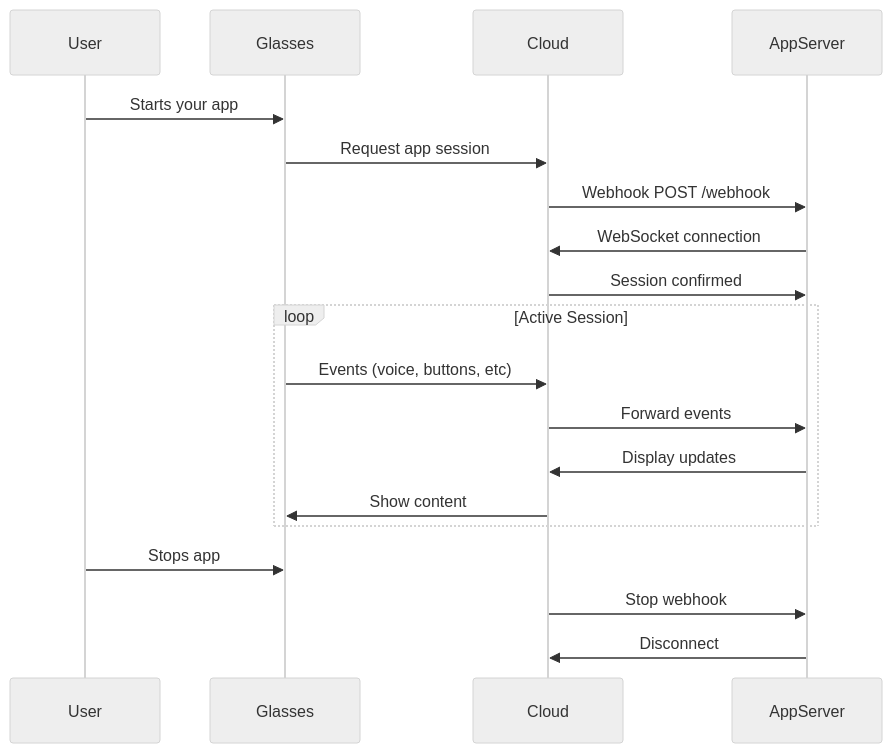
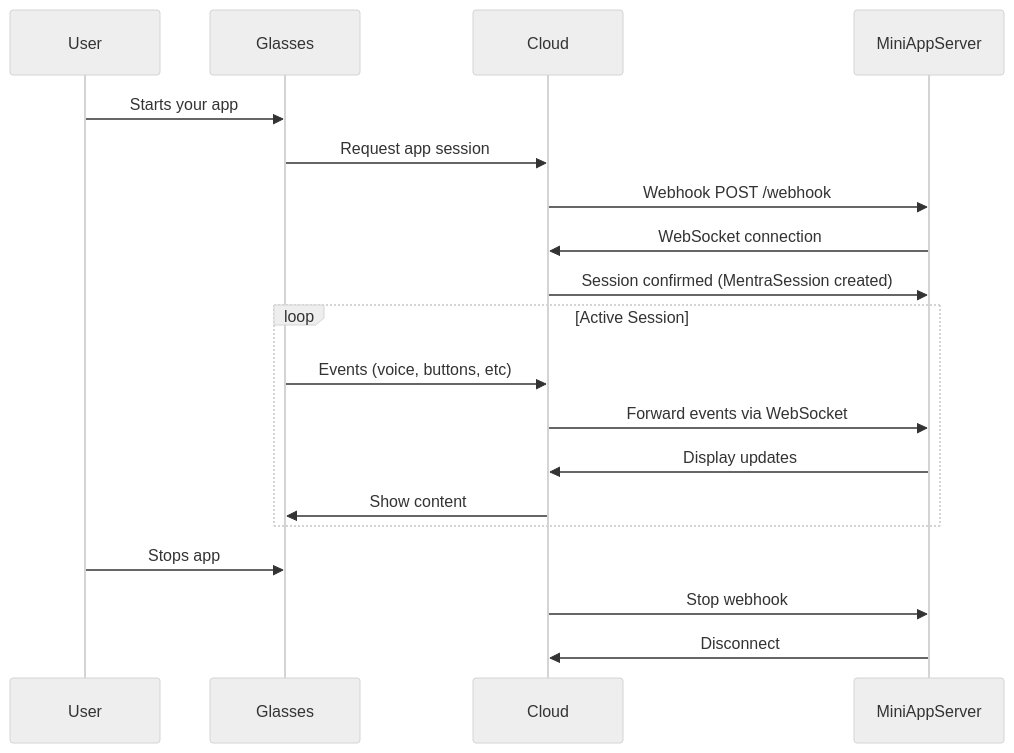
The diagram in docs/app-devs/core-concepts/app-lifecycle-overview.mdx (bbetter173/AugmentOS), drawn with Mermaid (neutral theme) before and after one commit. The commit also changed other lines of this file and 8 other files, not shown here.

````diff
--- a/docs/app-devs/core-concepts/app-lifecycle-overview.mdx
+++ b/docs/app-devs/core-concepts/app-lifecycle-overview.mdx
@@ -9,24 +9,24 @@
 ```mermaid
 sequenceDiagram
     participant User
     participant Glasses
     participant Cloud
-    participant AppServer
+    participant MiniAppServer
 
     User->>Glasses: Starts your app
     Glasses->>Cloud: Request app session
-    Cloud->>AppServer: Webhook POST /webhook
-    AppServer->>Cloud: WebSocket connection
-    Cloud->>AppServer: Session confirmed
+    Cloud->>MiniAppServer: Webhook POST /webhook
+    MiniAppServer->>Cloud: WebSocket connection
+    Cloud->>MiniAppServer: Session confirmed (MentraSession created)
 
     loop Active Session
         Glasses->>Cloud: Events (voice, buttons, etc)
-        Cloud->>AppServer: Forward events
-        AppServer->>Cloud: Display updates
+        Cloud->>MiniAppServer: Forward events via WebSocket
+        MiniAppServer->>Cloud: Display updates
         Cloud->>Glasses: Show content
     end
 
     User->>Glasses: Stops app
-    Cloud->>AppServer: Stop webhook
-    AppServer->>Cloud: Disconnect
+    Cloud->>MiniAppServer: Stop webhook
+    MiniAppServer->>Cloud: Disconnect
 ```
````
